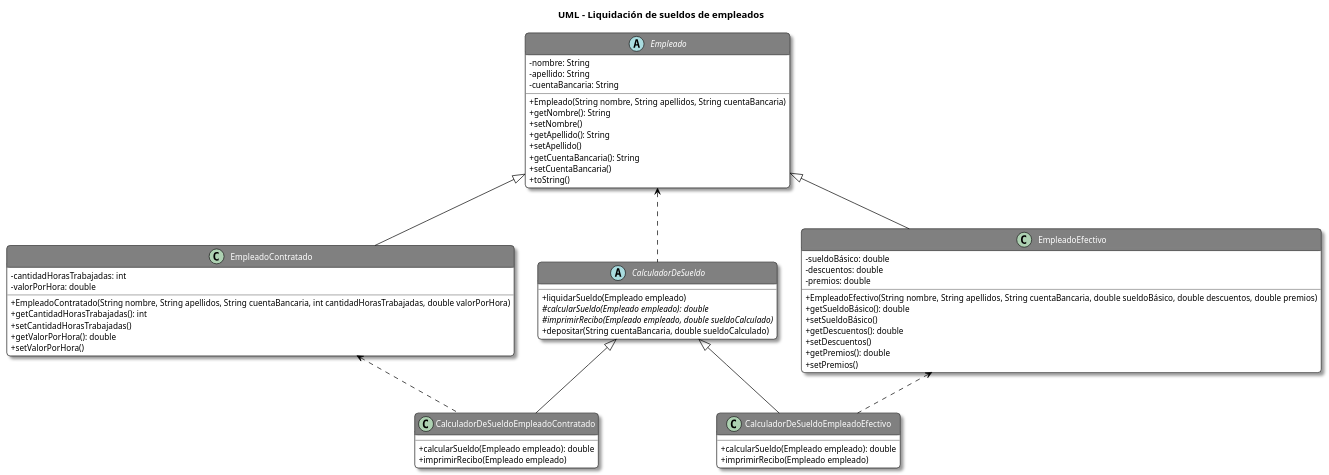
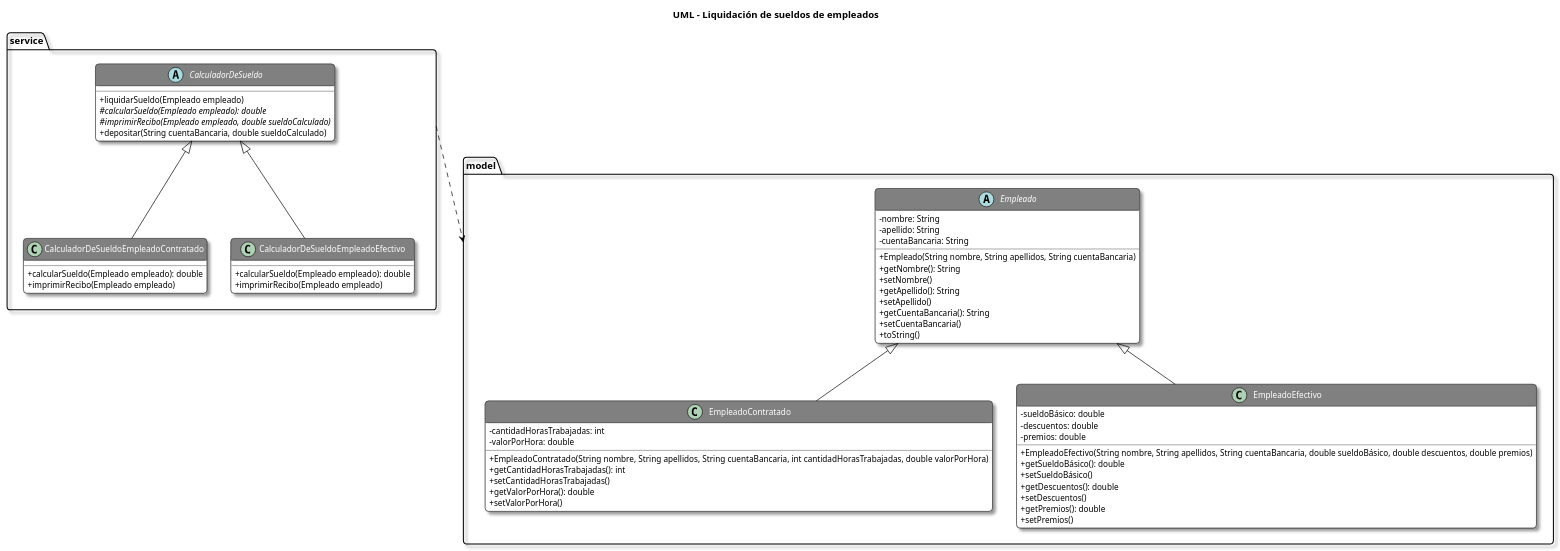
One commit to hfelipeserna/hfelipeserna.github.io changed the diagram in Digital_House-Certified_Tech_Developer/Backend_I/Template_method_pattern/Sueldo_empleados/src/Liquidación_de_sueldos.puml. Above: the diagram before and after it, drawn with PlantUML.

Commit message:
[REFACTOR] Modificar las relaciones de uso entre package en el diagrama UML

```diff
--- a/Digital_House-Certified_Tech_Developer/Backend_I/Template_method_pattern/Sueldo_empleados/src/Liquidación_de_sueldos.puml
+++ b/Digital_House-Certified_Tech_Developer/Backend_I/Template_method_pattern/Sueldo_empleados/src/Liquidación_de_sueldos.puml
@@ -1,98 +1,107 @@
 @startuml
 'https://plantuml.com/class-diagram
 '___________STYLES___________
 title UML - Liquidación de sueldos de empleados
 skinparam classAttributeIconSize 0
 skinparam backgroundColor White
 skinparam RoundCorner 10
 skinparam Shadowing true
 
 skinparam class {
     ArrowColor Black
     BackgroundColor White
     HeaderBackgroundColor Gray
     BorderColor Black
     FontColor White
     FontSize 14
     AttributeFontSize 12
 }
 
 skinparam object{
     ArrowColor Black
     BackgroundColor White
     BorderColor Black
     FontColor Black
     FontSize 14
     AttributeFontSize 12
 }
 
 skinparam note {
     BackgroundColor LightYellow
     BorderColor Black
 }
 
 '___________UML___________
+
+package model{
 
 abstract Empleado{
 -nombre: String
 - apellido: String
 -cuentaBancaria: String
 +Empleado(String nombre, String apellidos, String cuentaBancaria)
 +getNombre(): String
 +setNombre()
 +getApellido(): String
 +setApellido()
 +getCuentaBancaria(): String
 +setCuentaBancaria()
 +toString()
 }
 
 class EmpleadoContratado{
 -cantidadHorasTrabajadas: int
 -valorPorHora: double
 +EmpleadoContratado(String nombre, String apellidos, String cuentaBancaria, int cantidadHorasTrabajadas, double valorPorHora)
 +getCantidadHorasTrabajadas(): int
 +setCantidadHorasTrabajadas()
 +getValorPorHora(): double
 +setValorPorHora()
 }
 
 class EmpleadoEfectivo{
 -sueldoBásico: double
 -descuentos: double
 -premios: double
 +EmpleadoEfectivo(String nombre, String apellidos, String cuentaBancaria, double sueldoBásico, double descuentos, double premios)
 +getSueldoBásico(): double
 +setSueldoBásico()
 +getDescuentos(): double
 +setDescuentos()
 +getPremios(): double
 +setPremios()
 }
 
+}
+
+package service{
+
 abstract CalculadorDeSueldo{
 +liquidarSueldo(Empleado empleado)
 #{abstract}calcularSueldo(Empleado empleado): double
 #{abstract}imprimirRecibo(Empleado empleado, double sueldoCalculado)
 +depositar(String cuentaBancaria, double sueldoCalculado)
 }
 
 class CalculadorDeSueldoEmpleadoContratado{
 +calcularSueldo(Empleado empleado): double
 +imprimirRecibo(Empleado empleado)
 }
 
 class CalculadorDeSueldoEmpleadoEfectivo{
 +calcularSueldo(Empleado empleado): double
 +imprimirRecibo(Empleado empleado)
 }
 
+}
+
 Empleado <|-- EmpleadoContratado
 Empleado <|-- EmpleadoEfectivo
 
 CalculadorDeSueldo <|-- CalculadorDeSueldoEmpleadoContratado
 CalculadorDeSueldo <|-- CalculadorDeSueldoEmpleadoEfectivo
-Empleado <.. CalculadorDeSueldo
-EmpleadoContratado <.. CalculadorDeSueldoEmpleadoContratado
-EmpleadoEfectivo <.. CalculadorDeSueldoEmpleadoEfectivo
+
+service ..> model
+
+
 @enduml
```
